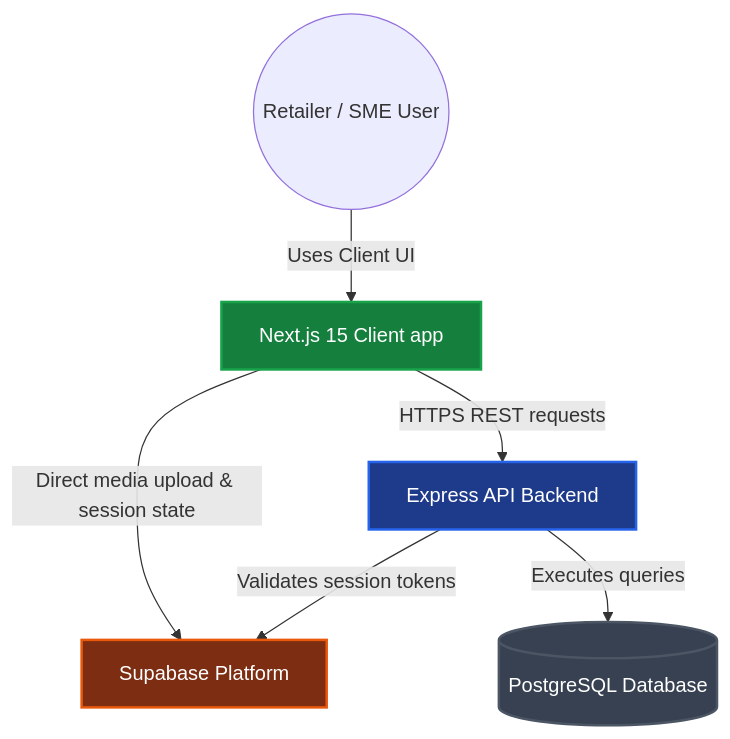
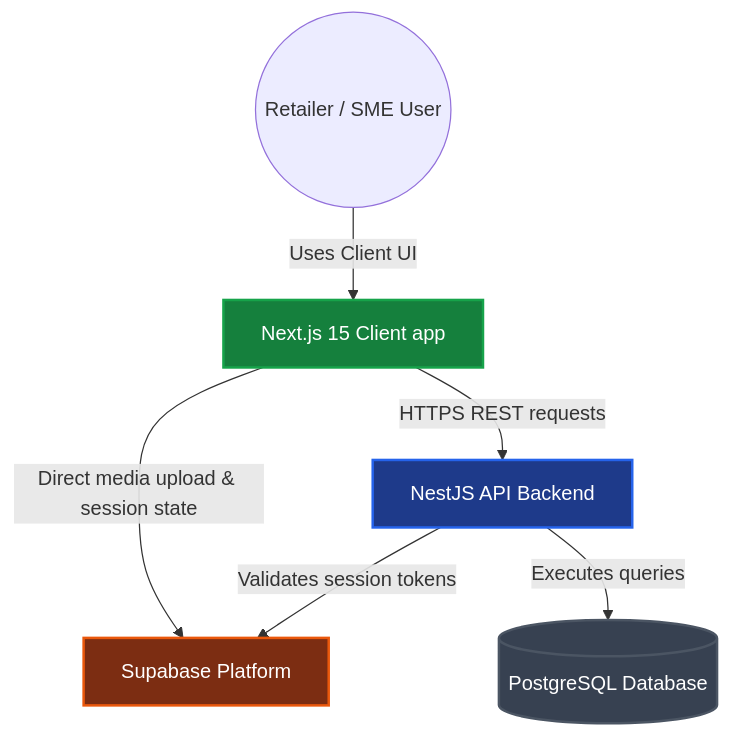
The first of 3 diagrams in README.md (unicord26/invoxia), drawn with Mermaid before and after one commit. The commit also changed other lines of this file and 40 other files, not shown here.

First line of the commit message:
feat(api): complete NestJS migration — all 19 routers ported, Express removed

````diff
--- a/README.md
+++ b/README.md
@@ -78,19 +77,19 @@
 ```mermaid
 graph TD
   %% Style Definitions
   classDef clientStyle fill:#15803d,stroke:#16a34a,stroke-width:2px,color:#fff;
   classDef apiStyle fill:#1e3a8a,stroke:#2563eb,stroke-width:2px,color:#fff;
   classDef dbStyle fill:#374151,stroke:#4b5563,stroke-width:2px,color:#fff;
   classDef externalStyle fill:#7c2d12,stroke:#ea580c,stroke-width:2px,color:#fff;
 
   User((Retailer / SME User)) -->|Uses Client UI| WebApp[Next.js 15 Client app]
-  WebApp -->|HTTPS REST requests| ExpressAPI[Express API Backend]
+  WebApp -->|HTTPS REST requests| NestAPI[NestJS API Backend]
   WebApp -->|Direct media upload & session state| Supabase[Supabase Platform]
-  ExpressAPI -->|Validates session tokens| Supabase
-  ExpressAPI -->|Executes queries| DB[(PostgreSQL Database)]
+  NestAPI -->|Validates session tokens| Supabase
+  NestAPI -->|Executes queries| DB[(PostgreSQL Database)]
 
   class WebApp clientStyle;
-  class ExpressAPI apiStyle;
+  class NestAPI apiStyle;
   class DB dbStyle;
   class Supabase externalStyle;
 ```
````
